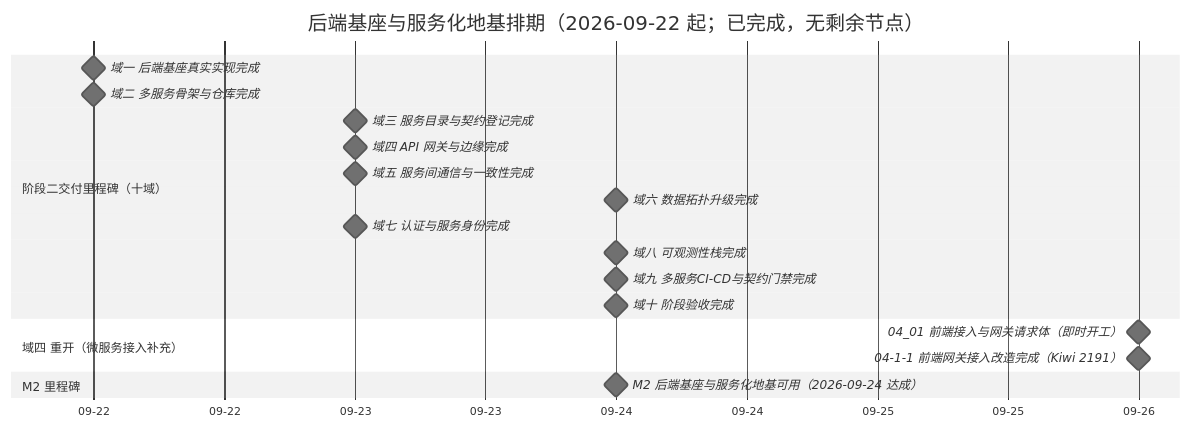
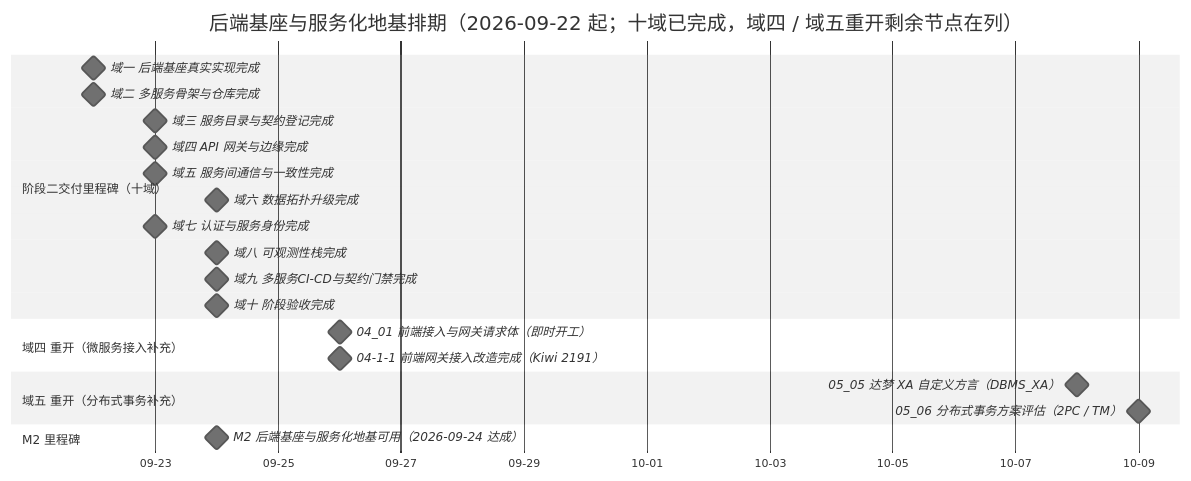
The diagram in bms文档/项目/02_后端基座与服务化地基/计划/01_计划_后端基座与服务化地基.md (minjian123/basic-management-system), drawn with Mermaid (neutral theme) before and after one commit. The commit also changed other lines of this file and 9 other files, not shown here.

````diff
--- a/bms文档/项目/02_后端基座与服务化地基/计划/01_计划_后端基座与服务化地基.md
+++ b/bms文档/项目/02_后端基座与服务化地基/计划/01_计划_后端基座与服务化地基.md
@@ -61,22 +63,25 @@
 ```mermaid
 gantt
-    title 后端基座与服务化地基排期（2026-09-22 起；已完成，无剩余节点）
+    title 后端基座与服务化地基排期（2026-09-22 起；十域已完成，域四 / 域五重开剩余节点在列）
     dateFormat  YYYY-MM-DD
     axisFormat %m-%d
     section 阶段二交付里程碑（十域）
     域一 后端基座真实实现完成 :milestone, m01, 2026-09-22, 0d
     域二 多服务骨架与仓库完成 :milestone, m02, 2026-09-22, 0d
     域三 服务目录与契约登记完成 :milestone, m03, 2026-09-23, 0d
     域四 API 网关与边缘完成 :milestone, m04, 2026-09-23, 0d
     域五 服务间通信与一致性完成 :milestone, m05, 2026-09-23, 0d
     域六 数据拓扑升级完成 :milestone, m06, 2026-09-24, 0d
     域七 认证与服务身份完成 :milestone, m07, 2026-09-23, 0d
     域八 可观测性栈完成 :milestone, m08, 2026-09-24, 0d
     域九 多服务CI-CD与契约门禁完成 :milestone, m09, 2026-09-24, 0d
     域十 阶段验收完成 :milestone, m10, 2026-09-24, 0d
     section 域四 重开（微服务接入补充）
     04_01 前端接入与网关请求体（即时开工） :milestone, m0401x, 2026-09-26, 0d
     04-1-1 前端网关接入改造完成（Kiwi 2191） :milestone, m0401a, 2026-09-26, 0d
+    section 域五 重开（分布式事务补充）
+    05_05 达梦 XA 自定义方言（DBMS_XA） :milestone, m0505, 2026-10-08, 0d
+    05_06 分布式事务方案评估（2PC / TM） :milestone, m0506, 2026-10-09, 0d
     section M2 里程碑
     M2 后端基座与服务化地基可用（2026-09-24 达成） :milestone, mm2, 2026-09-24, 0d
 ```
````
